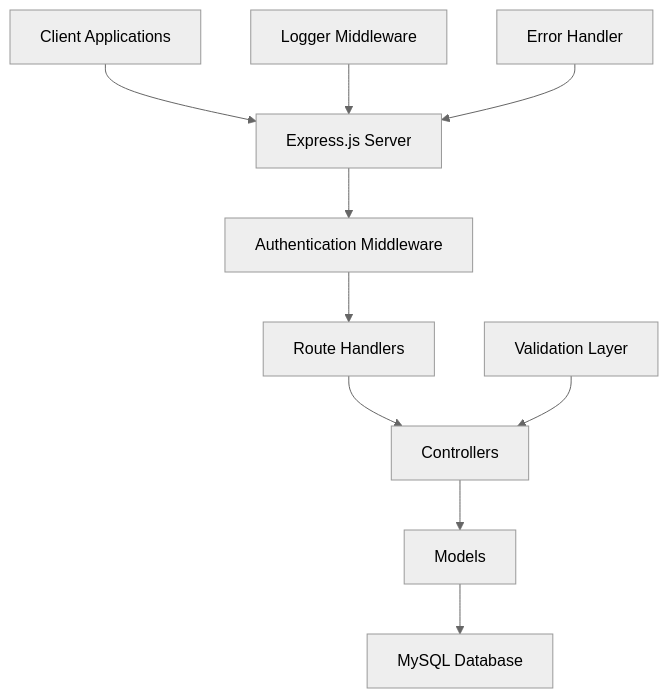
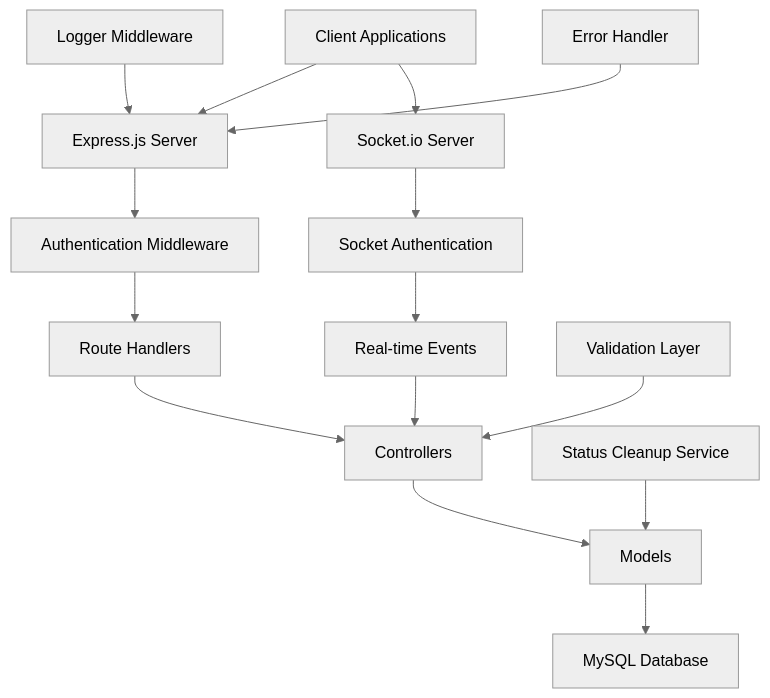
Before and after one commit to biruk-77/bysell_backend: the first of 3 diagrams in README.md, drawn with Mermaid (neutral theme). The commit also changed other lines of this file and 14 other files, not shown here.

````diff
--- a/README.md
+++ b/README.md
@@ -61,13 +71,18 @@
 ```mermaid
 graph TB
     A[Client Applications] --> B[Express.js Server]
+    A --> K[Socket.io Server]
     B --> C[Authentication Middleware]
+    K --> L[Socket Authentication]
     C --> D[Route Handlers]
+    L --> M[Real-time Events]
     D --> E[Controllers]
+    M --> E
     E --> F[Models]
     F --> G[MySQL Database]
+    N[Status Cleanup Service] --> F
     
     H[Logger Middleware] --> B
     I[Error Handler] --> B
     J[Validation Layer] --> E
 ```
````
